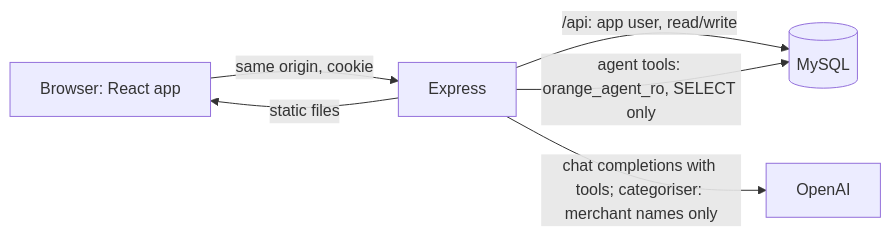
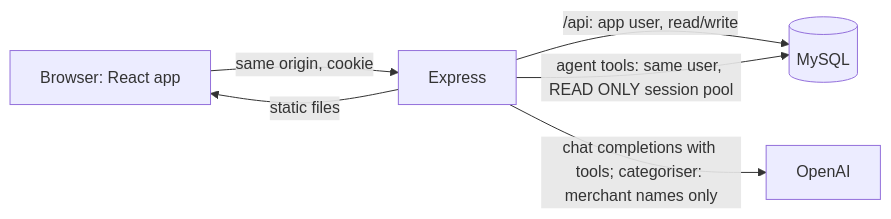
Before and after one commit to prakhar-parashar-au5/orange_invest_assignment: the first of 2 diagrams in docs/artifacts/02-architecture.md, drawn with Mermaid. The commit also changed other lines of this file and 21 other files, not shown here.

Commit message:
feat(server): API, MySQL schema, CSV ingestion, categorisation, chat   agent, AI traces, evals, artifacts, Railway deploy

````diff
--- a/docs/artifacts/02-architecture.md
+++ b/docs/artifacts/02-architecture.md
@@ -14,8 +14,8 @@
 ```mermaid
 flowchart LR
   B[Browser: React app] -->|same origin, cookie| E[Express]
   E -->|static files| B
   E -->|/api: app user, read/write| DB[(MySQL)]
-  E -->|agent tools: orange_agent_ro, SELECT only| DB
+  E -->|agent tools: same user, READ ONLY session pool| DB
   E -->|chat completions with tools; categoriser: merchant names only| O[OpenAI]
 ```
````
